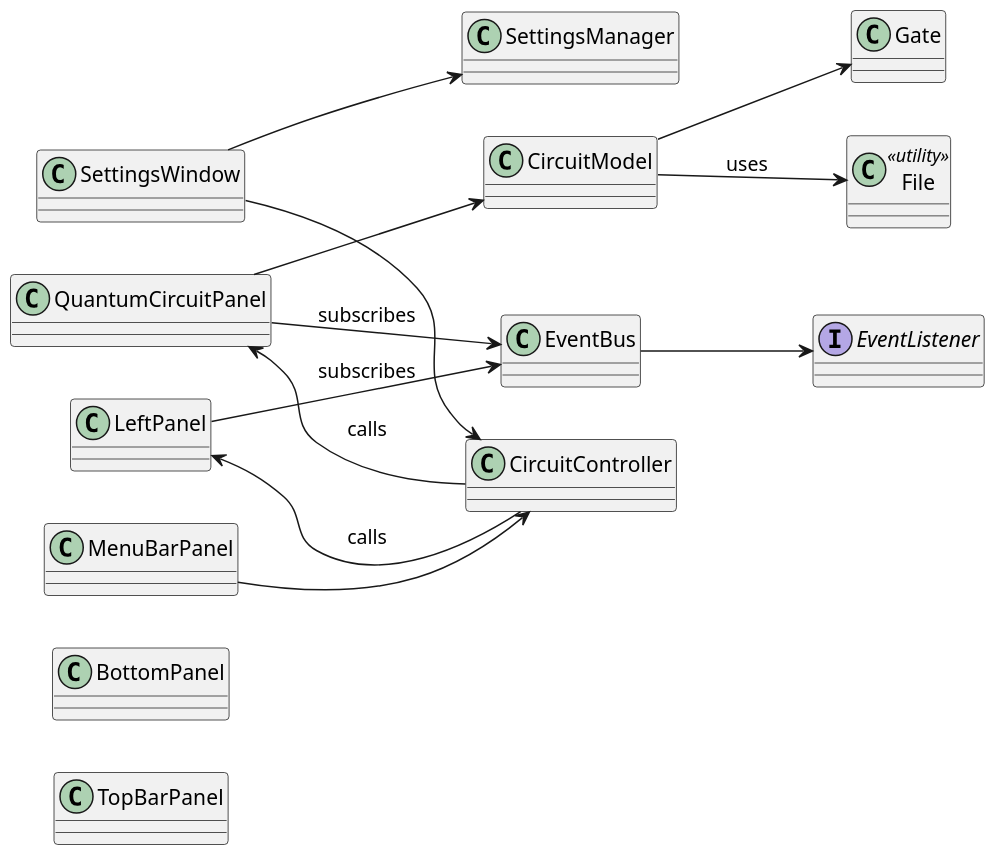
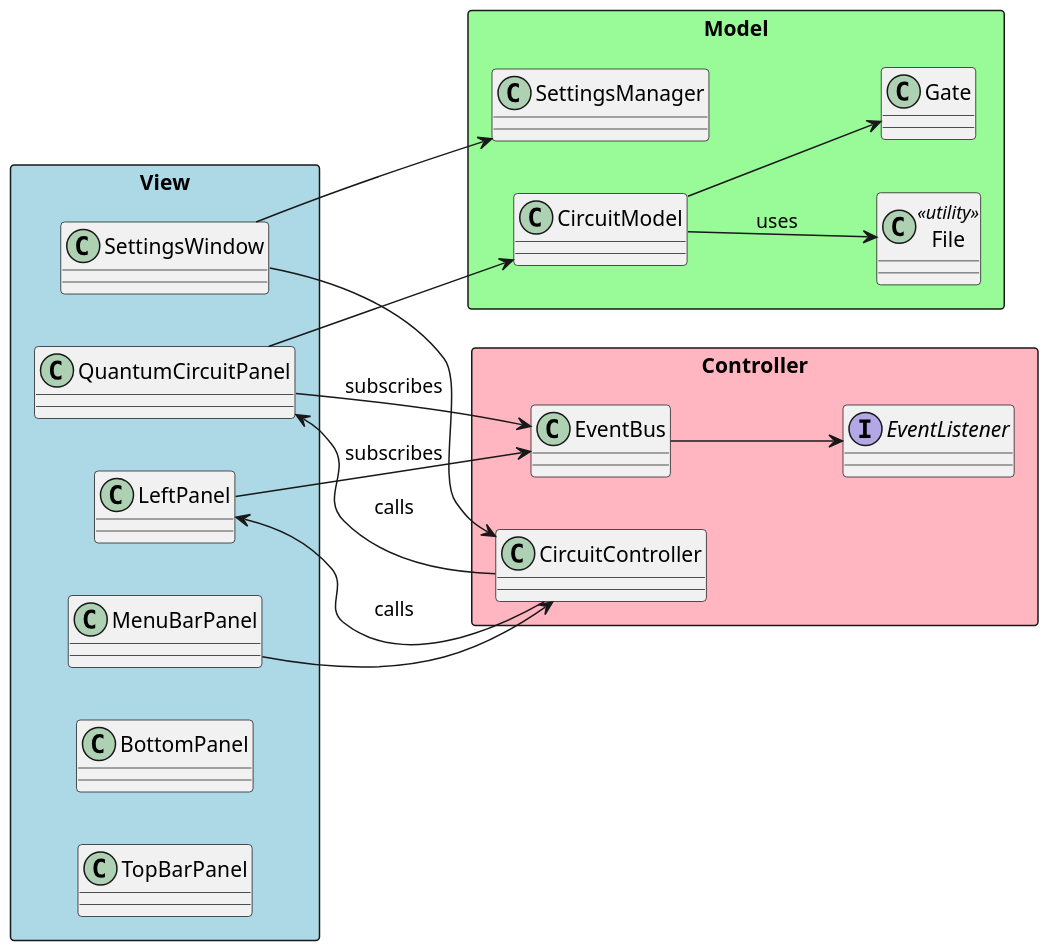
One commit to jSubbz/QCS changed the diagram in a3_uml/UML.puml. Above: the diagram before and after it, drawn with PlantUML.

Commit message:
better uml

```diff
--- a/a3_uml/UML.puml
+++ b/a3_uml/UML.puml
@@ -1,44 +1,44 @@
 @startuml
 skinparam dpi 150
 skinparam ArrowLinetype ortho
 left to right direction
 
-' ==== Layer: View ====
-together {
+' ==== VIEW Layer ====
+rectangle "View" #ADD8E6 {
   class QuantumCircuitPanel
   class LeftPanel
   class SettingsWindow
   class MenuBarPanel
   class BottomPanel
   class TopBarPanel
 }
 
-' ==== Layer: Model ====
-together {
+' ==== MODEL Layer ====
+rectangle "Model" #98FB98 {
   class CircuitModel
   class Gate
   class SettingsManager
   class File <<utility>>
 }
 
-' ==== Layer: Controller ====
-together {
+' ==== CONTROLLER Layer ====
+rectangle "Controller" #FFB6C1 {
   class CircuitController
   class EventBus
   interface EventListener
 }
 
 ' ==== Relationships ====
 QuantumCircuitPanel --> EventBus : subscribes
 LeftPanel --> EventBus : subscribes
 SettingsWindow --> SettingsManager
 QuantumCircuitPanel --> CircuitModel
 CircuitModel --> Gate
 CircuitModel --> File : uses
 CircuitController --> QuantumCircuitPanel : calls
 CircuitController --> LeftPanel : calls
 MenuBarPanel --> CircuitController
 SettingsWindow --> CircuitController
 EventBus --> EventListener
 
 @enduml
```
